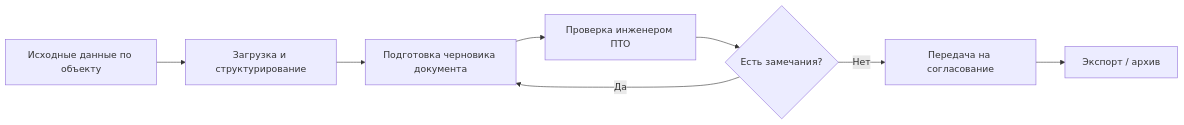
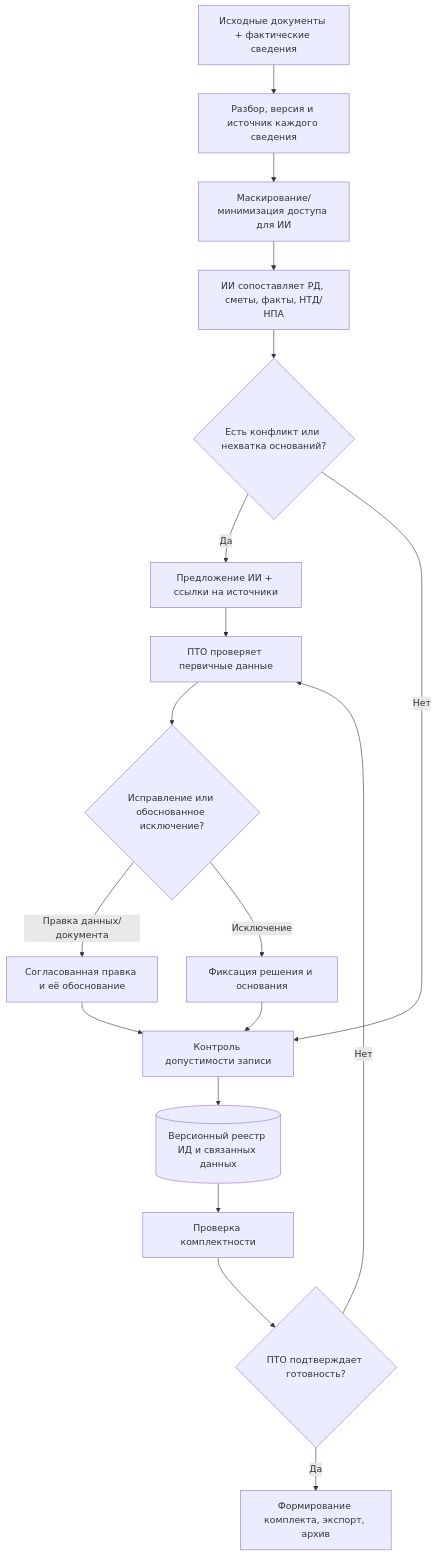
The diagram in diagrams/document-flow.mmd (jetsedpack/construction-docs-saas), drawn with Mermaid before and after one commit.

Commit message:
docs: align diagrams/document-flow.mmd with construction data concept

```diff
--- a/diagrams/document-flow.mmd
+++ b/diagrams/document-flow.mmd
@@ -1,8 +1,18 @@
-flowchart LR
-    A["Исходные данные по объекту"] --> B["Загрузка и структурирование"]
-    B --> C["Подготовка черновика документа"]
-    C --> D["Проверка инженером ПТО"]
-    D --> E{"Есть замечания?"}
-    E -- Да --> C
-    E -- Нет --> F["Передача на согласование"]
-    F --> G["Экспорт / архив"]
+flowchart TD
+    A["Исходные документы + фактические сведения"] --> B["Разбор, версия и источник каждого сведения"]
+    B --> C["Маскирование/минимизация доступа для ИИ"]
+    C --> D["ИИ сопоставляет РД, сметы, факты, НТД/НПА"]
+    D --> E{"Есть конфликт или нехватка оснований?"}
+    E -- "Да" --> F["Предложение ИИ + ссылки на источники"]
+    F --> G["ПТО проверяет первичные данные"]
+    G --> H{"Исправление или обоснованное исключение?"}
+    H -- "Правка данных/документа" --> I["Согласованная правка и её обоснование"]
+    I --> J["Контроль допустимости записи"]
+    H -- "Исключение" --> K["Фиксация решения и основания"]
+    E -- "Нет" --> J
+    K --> J
+    J --> L[("Версионный реестр ИД и связанных данных")]
+    L --> M["Проверка комплектности"]
+    M --> N{"ПТО подтверждает готовность?"}
+    N -- "Нет" --> G
+    N -- "Да" --> O["Формирование комплекта, экспорт, архив"]
```
